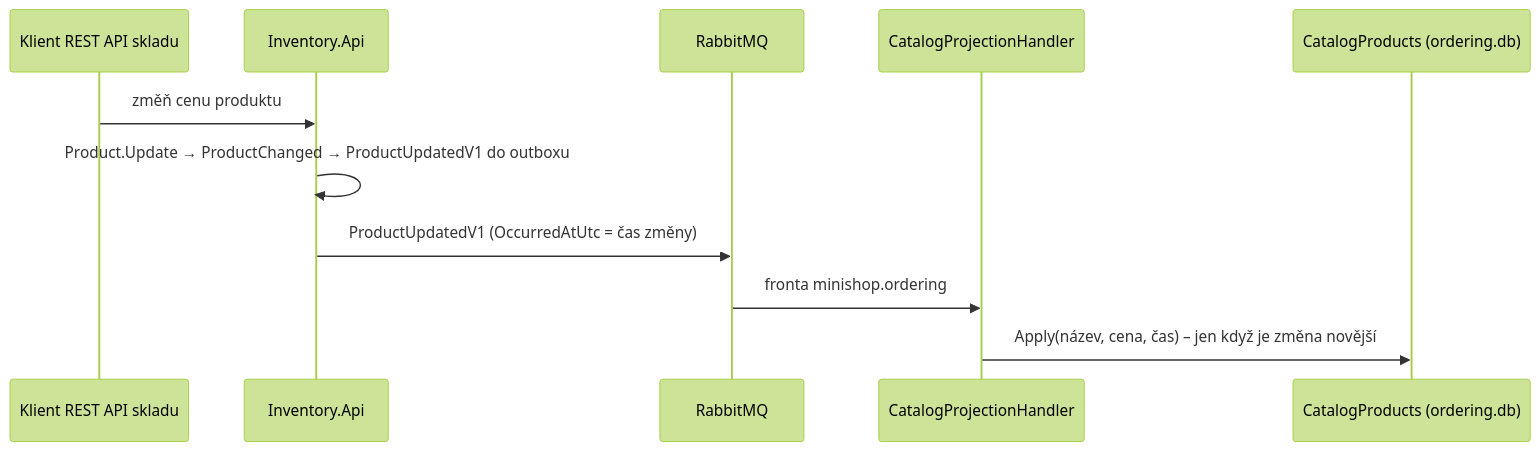
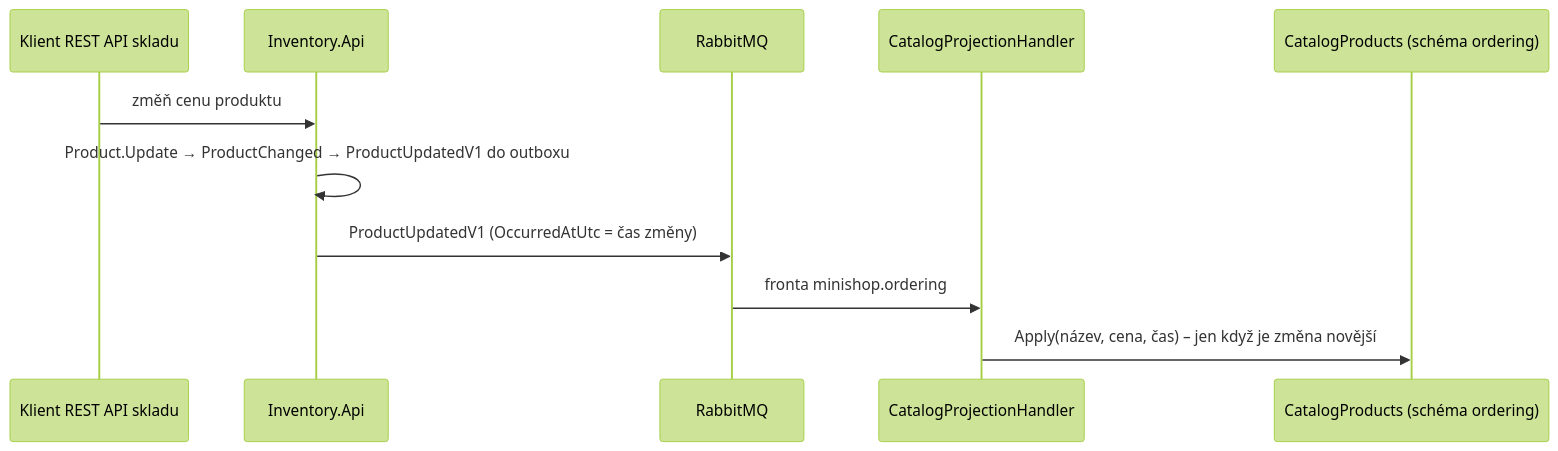
Before and after one commit to ftichy/MiniShop: the diagram in docs/prirucka/eda/kopie-katalogu.md, drawn with Mermaid (forest theme). The commit also changed other lines of this file and 248 other files, not shown here.

````diff
--- a/docs/prirucka/eda/kopie-katalogu.md
+++ b/docs/prirucka/eda/kopie-katalogu.md
@@ -26,14 +26,14 @@
 ```mermaid
 sequenceDiagram
     participant U as Klient REST API skladu
     participant I as Inventory.Api
     participant MQ as RabbitMQ
     participant H as CatalogProjectionHandler
-    participant C as CatalogProducts (ordering.db)
+    participant C as CatalogProducts (schéma ordering)
 
     U->>I: změň cenu produktu
     I->>I: Product.Update → ProductChanged → ProductUpdatedV1 do outboxu
     I->>MQ: ProductUpdatedV1 (OccurredAtUtc = čas změny)
     MQ->>H: fronta minishop.ordering
     H->>C: Apply(název, cena, čas) – jen když je změna novější
 ```
````
